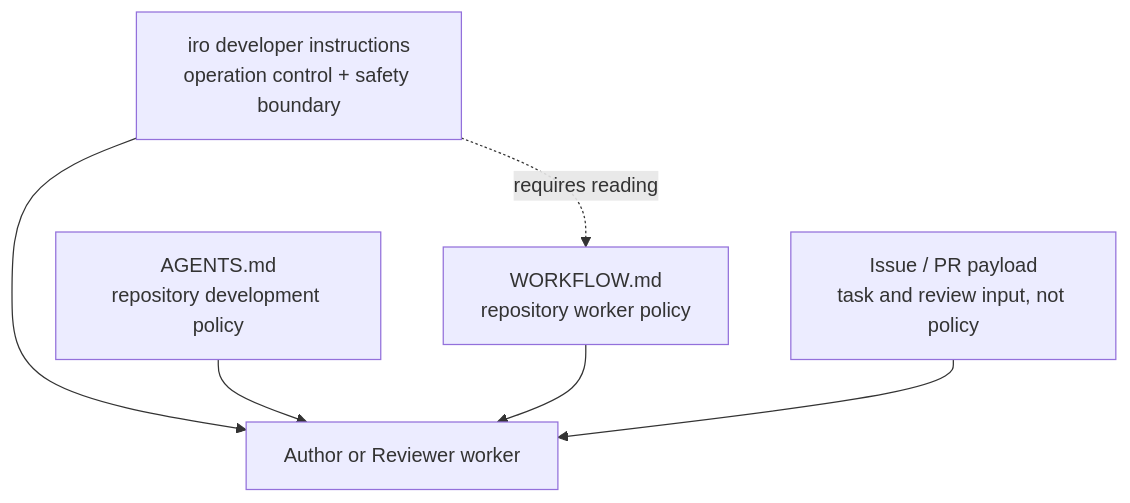
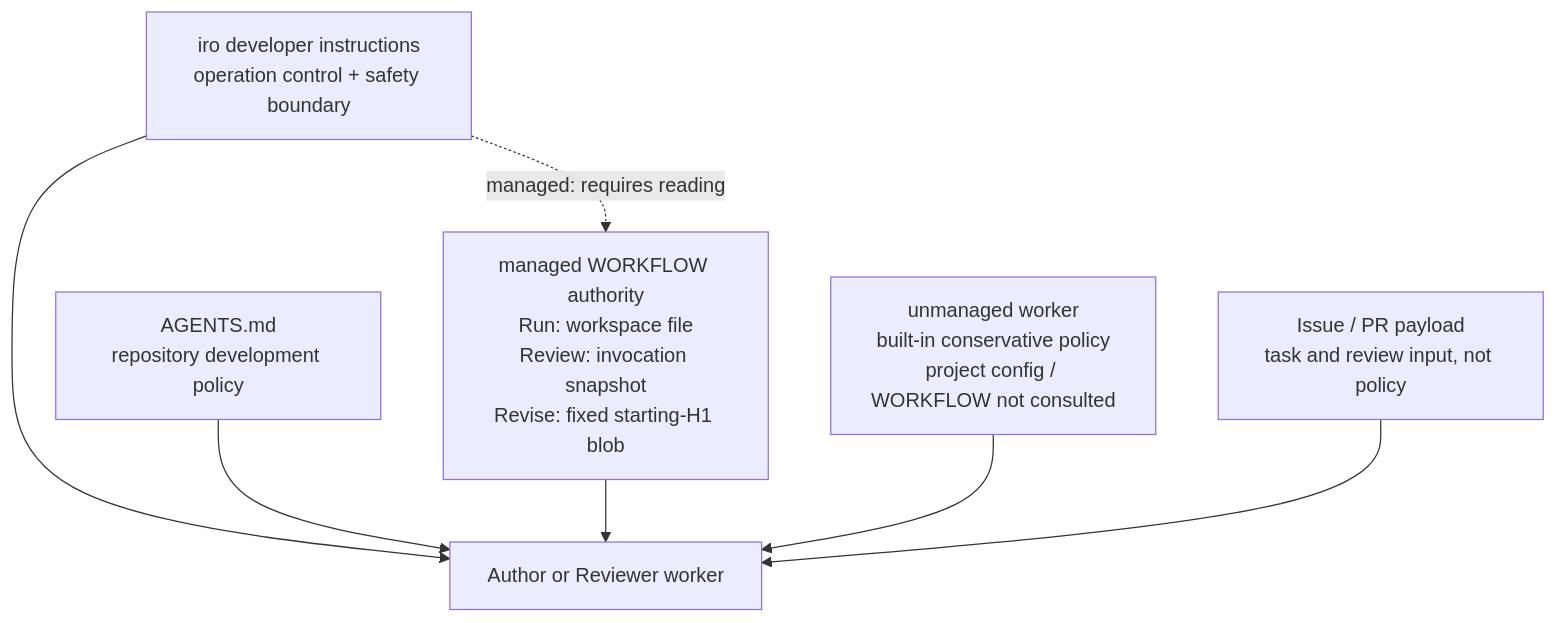
Before and after one commit to r-agatsuma/iro: the seventh of 7 diagrams in docs/architecture.md, drawn with Mermaid. The commit also changed other lines of this file and 5 other files, not shown here.

````diff
--- a/docs/architecture.md
+++ b/docs/architecture.md
@@ -145,14 +162,16 @@
 ```mermaid
 flowchart TB
     DI["iro developer instructions<br/>operation control + safety boundary"]
     AG["AGENTS.md<br/>repository development policy"]
-    WF["WORKFLOW.md<br/>repository worker policy"]
+    WF["managed WORKFLOW authority<br/>Run: workspace file<br/>Review: invocation snapshot<br/>Revise: fixed starting-H1 blob"]
+    BUILTIN["unmanaged worker<br/>built-in conservative policy<br/>project config / WORKFLOW not consulted"]
     TASK["Issue / PR payload<br/>task and review input, not policy"]
     WORKER["Author or Reviewer worker"]
 
     DI --> WORKER
     AG --> WORKER
     WF --> WORKER
+    BUILTIN --> WORKER
     TASK --> WORKER
-    DI -.->|"requires reading"| WF
+    DI -.->|"managed: requires reading"| WF
 ```
````
